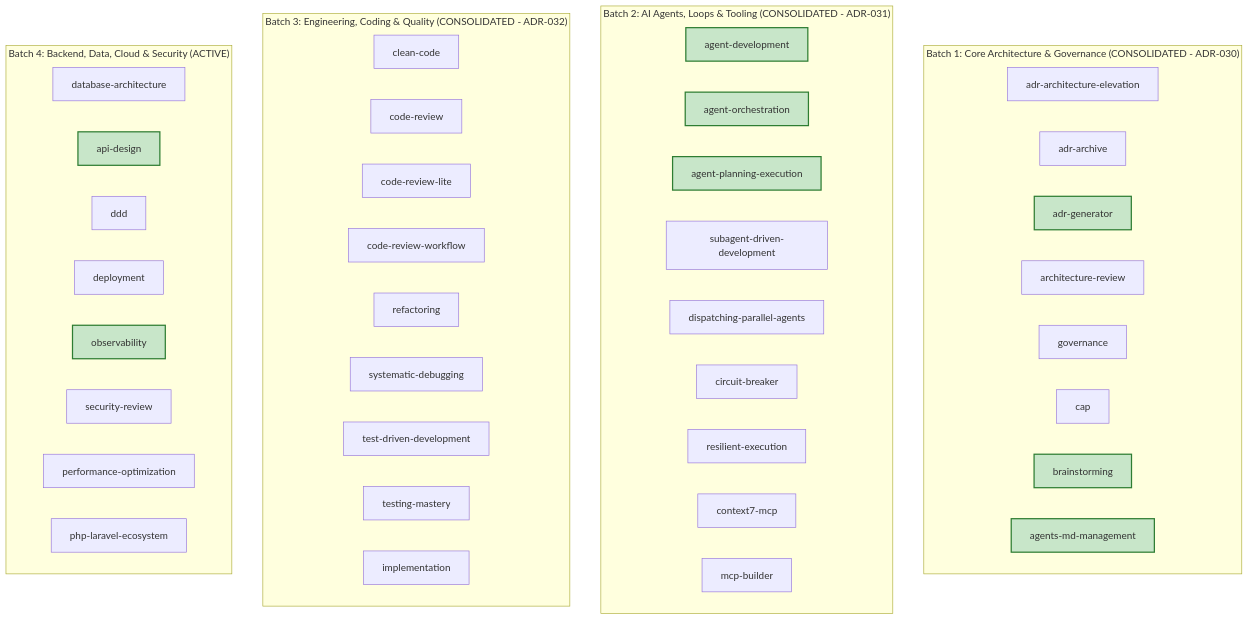
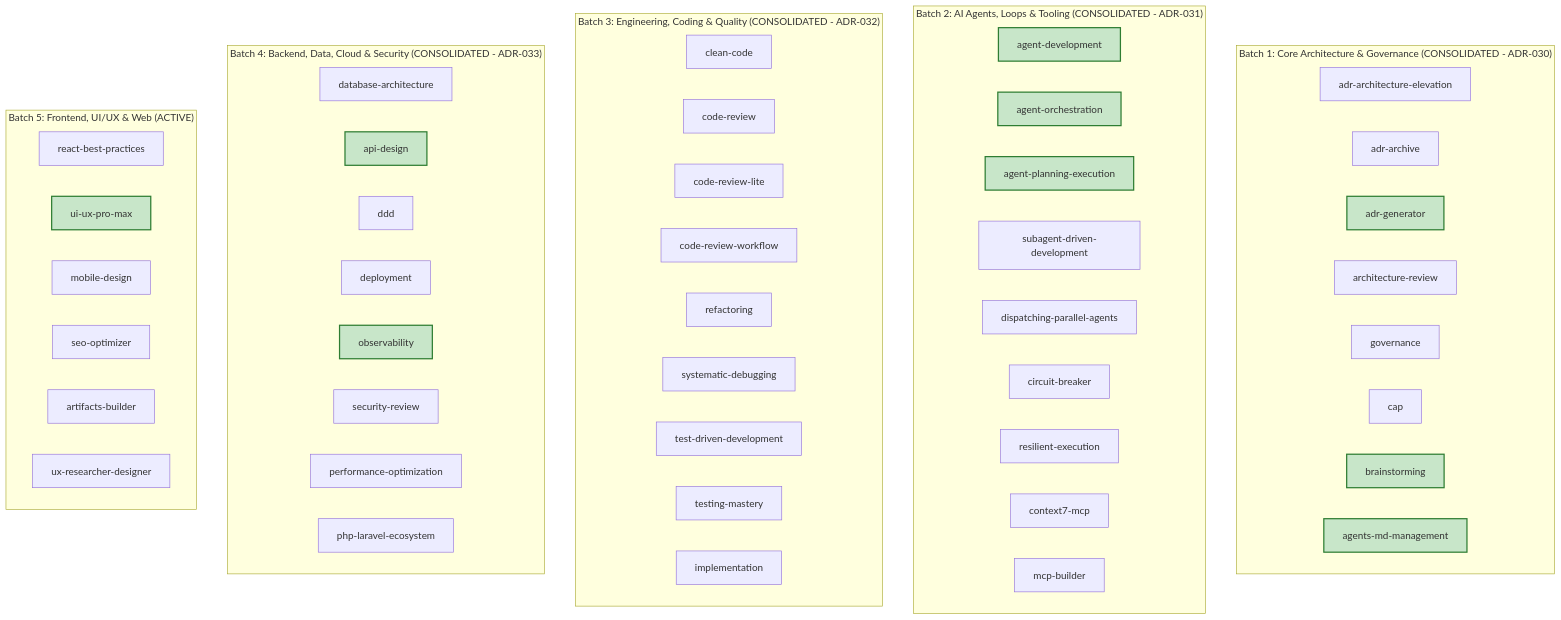
The diagram in docs/audit/skills/COGNITIVE_DEBT_RELATIONAL_GRAPH.md (lscheffel/ignite-agents-skills), drawn with Mermaid before and after one commit. The commit also changed other lines of this file and 50 other files, not shown here.

Commit message:
feat(adr): consolidate and archive ADR-033, map Batch 5 in Cognitive Debt Relational Graph

````diff
--- a/docs/audit/skills/COGNITIVE_DEBT_RELATIONAL_GRAPH.md
+++ b/docs/audit/skills/COGNITIVE_DEBT_RELATIONAL_GRAPH.md
@@ -25,57 +26,67 @@
 ```mermaid
 graph TD
     subgraph "Batch 1: Core Architecture & Governance (CONSOLIDATED - ADR-030)"
         AAE[adr-architecture-elevation]
         AA[adr-archive]
         AG[adr-generator]
         AR[architecture-review]
         GOV[governance]
         CAP[cap]
         BS[brainstorming]
         AMM[agents-md-management]
     end
 
     subgraph "Batch 2: AI Agents, Loops & Tooling (CONSOLIDATED - ADR-031)"
         AD[agent-development]
         AO[agent-orchestration]
         APE[agent-planning-execution]
         SADD[subagent-driven-development]
         DPA[dispatching-parallel-agents]
         CB[circuit-breaker]
         RE[resilient-execution]
         C7[context7-mcp]
         MCPB[mcp-builder]
     end
 
     subgraph "Batch 3: Engineering, Coding & Quality (CONSOLIDATED - ADR-032)"
         CC[clean-code]
         CR[code-review]
         CRL[code-review-lite]
         CRW[code-review-workflow]
         REF[refactoring]
         SD[systematic-debugging]
         TDD[test-driven-development]
         TM[testing-mastery]
         IMPL[implementation]
     end
 
-    subgraph "Batch 4: Backend, Data, Cloud & Security (ACTIVE)"
+    subgraph "Batch 4: Backend, Data, Cloud & Security (CONSOLIDATED - ADR-033)"
         DA[database-architecture]
         APID[api-design]
         DDD[ddd]
         DEP[deployment]
         OBS[observability]
         SEC[security-review]
         PERF[performance-optimization]
         PHP[php-laravel-ecosystem]
     end
 
+    subgraph "Batch 5: Frontend, UI/UX & Web (ACTIVE)"
+        RBP[react-best-practices]
+        UIX[ui-ux-pro-max]
+        MOB[mobile-design]
+        SEO[seo-optimizer]
+        ART[artifacts-builder]
+        UXR[ux-researcher-designer]
+    end
+
     style AG fill:#c8e6c9,stroke:#2e7d32,stroke-width:2px;
     style BS fill:#c8e6c9,stroke:#2e7d32,stroke-width:2px;
     style AMM fill:#c8e6c9,stroke:#2e7d32,stroke-width:2px;
     style APE fill:#c8e6c9,stroke:#2e7d32,stroke-width:2px;
     style AD fill:#c8e6c9,stroke:#2e7d32,stroke-width:2px;
     style AO fill:#c8e6c9,stroke:#2e7d32,stroke-width:2px;
     style OBS fill:#c8e6c9,stroke:#2e7d32,stroke-width:2px;
     style APID fill:#c8e6c9,stroke:#2e7d32,stroke-width:2px;
+    style UIX fill:#c8e6c9,stroke:#2e7d32,stroke-width:2px;
 ```
````
